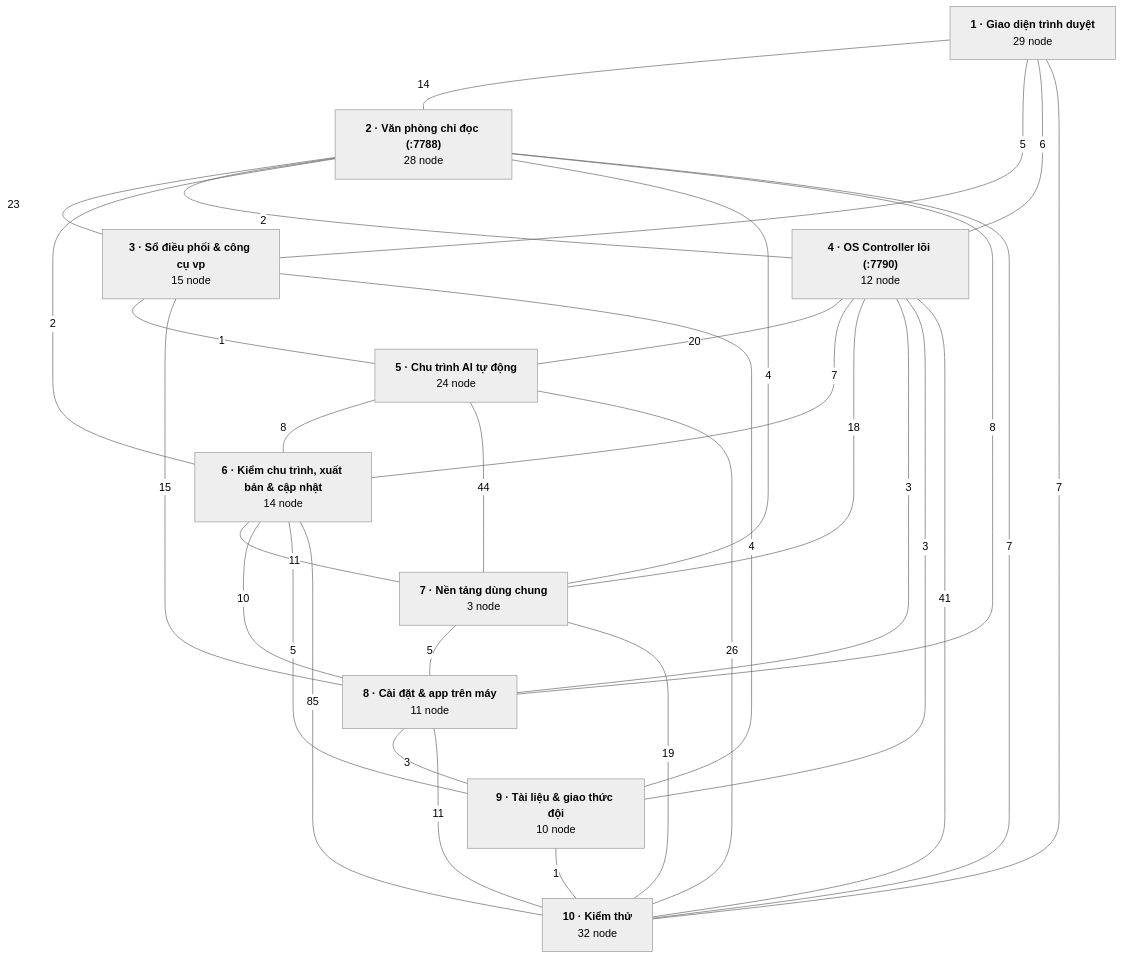
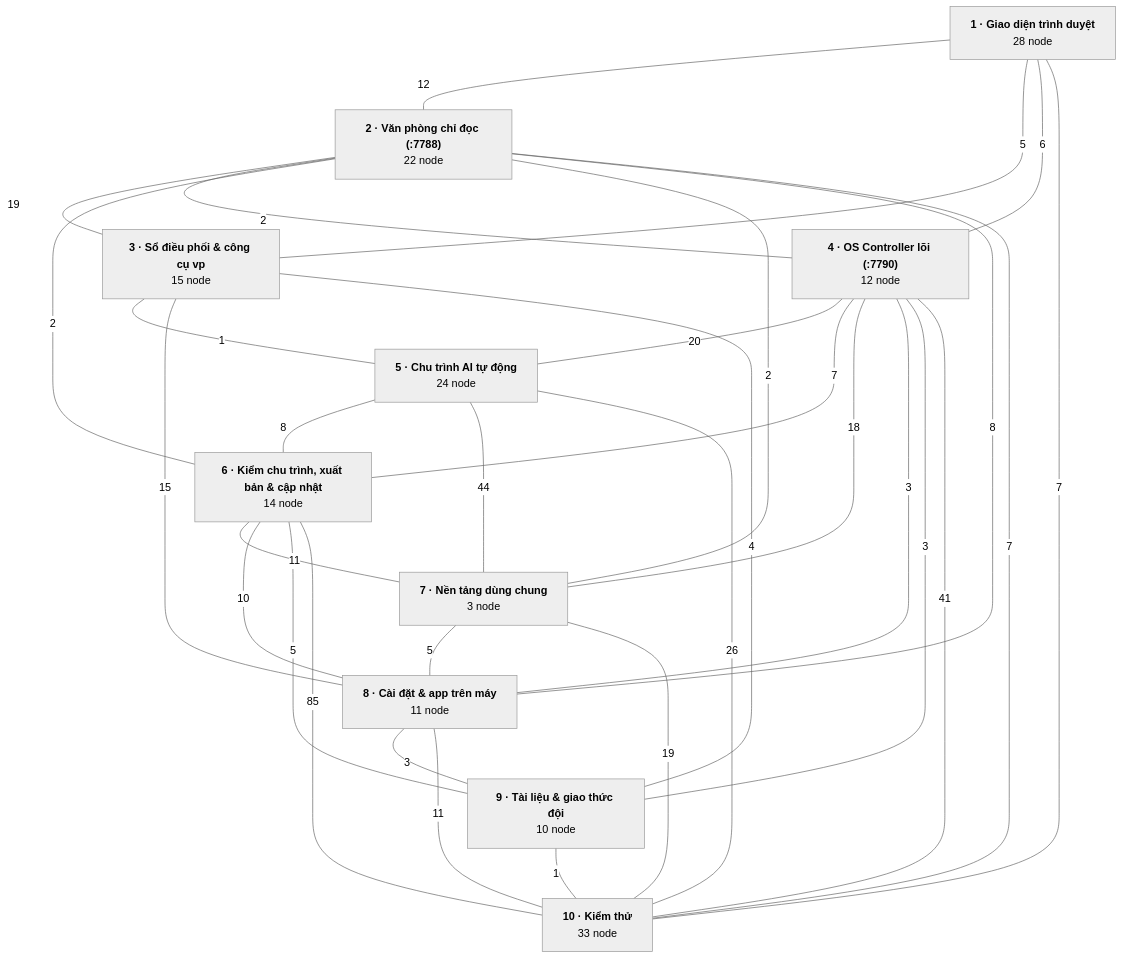
The tenth of 10 diagrams in docs/BAN-DO-HE-THONG.md (Thequancute215-sys/V-n-ph-ng-ch-nh-ph-), drawn with Mermaid (neutral theme) before and after one commit. The commit also changed other lines of this file and 15 other files, not shown here.

````diff
--- a/docs/BAN-DO-HE-THONG.md
+++ b/docs/BAN-DO-HE-THONG.md
@@ -1258,44 +1233,44 @@
 ```mermaid
 flowchart TD
-  layer_01_giao_dien["<b>1 · Giao diện trình duyệt</b><br/>29 node"]
-  layer_02_van_phong["<b>2 · Văn phòng chỉ đọc (:7788)</b><br/>28 node"]
+  layer_01_giao_dien["<b>1 · Giao diện trình duyệt</b><br/>28 node"]
+  layer_02_van_phong["<b>2 · Văn phòng chỉ đọc (:7788)</b><br/>22 node"]
   layer_03_so_dieu_phoi["<b>3 · Sổ điều phối & công cụ vp</b><br/>15 node"]
   layer_04_os_controller["<b>4 · OS Controller lõi (:7790)</b><br/>12 node"]
   layer_05_chu_trinh_ai["<b>5 · Chu trình AI tự động</b><br/>24 node"]
   layer_06_chat_luong_phat_hanh["<b>6 · Kiểm chu trình, xuất bản & cập nhật</b><br/>14 node"]
   layer_07_nen_tang["<b>7 · Nền tảng dùng chung</b><br/>3 node"]
   layer_08_cai_dat_app["<b>8 · Cài đặt & app trên máy</b><br/>11 node"]
   layer_09_tai_lieu["<b>9 · Tài liệu & giao thức đội</b><br/>10 node"]
-  layer_10_kiem_thu["<b>10 · Kiểm thử</b><br/>32 node"]
-  layer_01_giao_dien ---|14| layer_02_van_phong
+  layer_10_kiem_thu["<b>10 · Kiểm thử</b><br/>33 node"]
+  layer_01_giao_dien ---|12| layer_02_van_phong
   layer_01_giao_dien ---|5| layer_03_so_dieu_phoi
   layer_01_giao_dien ---|6| layer_04_os_controller
   layer_01_giao_dien ---|7| layer_10_kiem_thu
-  layer_02_van_phong ---|23| layer_03_so_dieu_phoi
+  layer_02_van_phong ---|19| layer_03_so_dieu_phoi
   layer_02_van_phong ---|2| layer_04_os_controller
   layer_02_van_phong ---|2| layer_06_chat_luong_phat_hanh
-  layer_02_van_phong ---|4| layer_07_nen_tang
+  layer_02_van_phong ---|2| layer_07_nen_tang
   layer_02_van_phong ---|8| layer_08_cai_dat_app
   layer_02_van_phong ---|7| layer_10_kiem_thu
   layer_03_so_dieu_phoi ---|1| layer_05_chu_trinh_ai
   layer_03_so_dieu_phoi ---|15| layer_08_cai_dat_app
   layer_03_so_dieu_phoi ---|4| layer_09_tai_lieu
   layer_04_os_controller ---|20| layer_05_chu_trinh_ai
   layer_04_os_controller ---|7| layer_06_chat_luong_phat_hanh
   layer_04_os_controller ---|18| layer_07_nen_tang
   layer_04_os_controller ---|3| layer_08_cai_dat_app
   layer_04_os_controller ---|3| layer_09_tai_lieu
   layer_04_os_controller ---|41| layer_10_kiem_thu
   layer_05_chu_trinh_ai ---|8| layer_06_chat_luong_phat_hanh
   layer_05_chu_trinh_ai ---|44| layer_07_nen_tang
   layer_05_chu_trinh_ai ---|26| layer_10_kiem_thu
   layer_06_chat_luong_phat_hanh ---|11| layer_07_nen_tang
   layer_06_chat_luong_phat_hanh ---|10| layer_08_cai_dat_app
   layer_06_chat_luong_phat_hanh ---|5| layer_09_tai_lieu
   layer_06_chat_luong_phat_hanh ---|85| layer_10_kiem_thu
   layer_07_nen_tang ---|5| layer_08_cai_dat_app
   layer_07_nen_tang ---|19| layer_10_kiem_thu
   layer_08_cai_dat_app ---|3| layer_09_tai_lieu
   layer_08_cai_dat_app ---|11| layer_10_kiem_thu
   layer_09_tai_lieu ---|1| layer_10_kiem_thu
 ```
````
